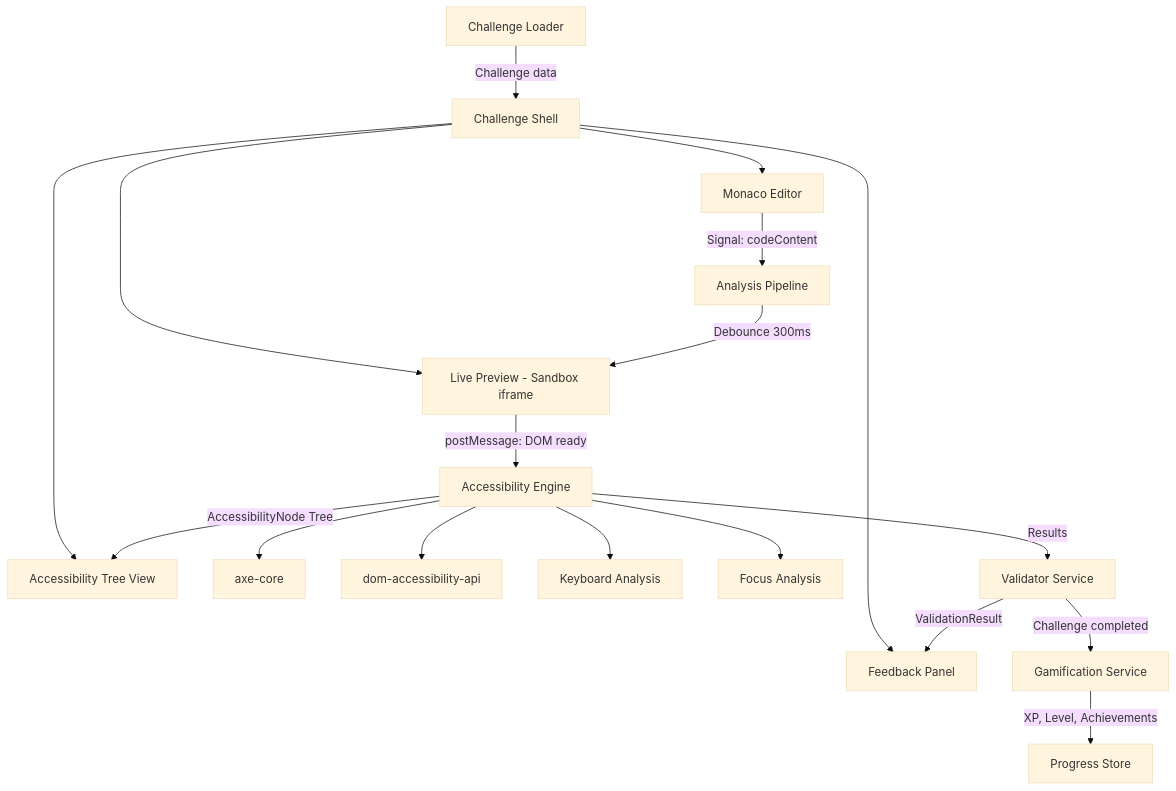
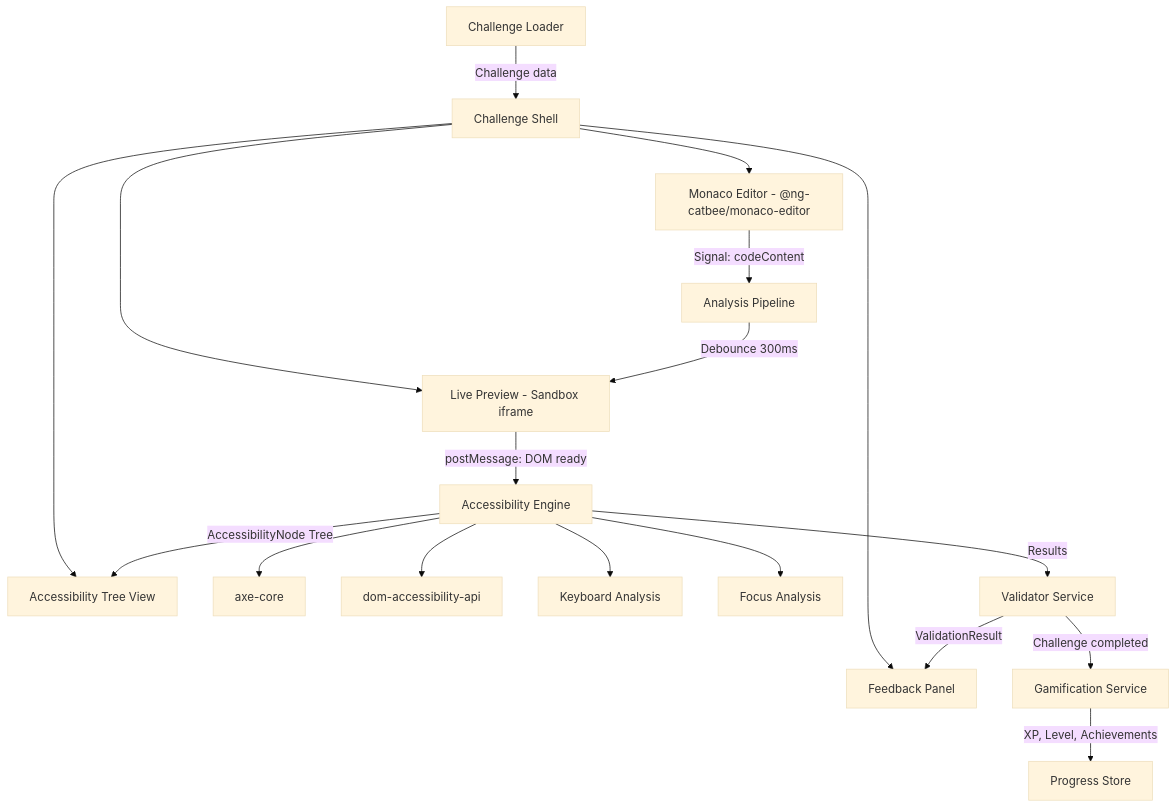
One commit to d-koppenhagen/practica11y changed the first of 2 diagrams in docs/architecture.md. Above: the diagram before and after it, drawn with Mermaid (base theme). The commit also changed other lines of this file and 29 other files, not shown here.

First line of the commit message:
refactor(editor): remove internal monaco wrapper, use @ng-catbee/monaco-editor

````diff
--- a/docs/architecture.md
+++ b/docs/architecture.md
@@ -9,22 +9,22 @@
 ```mermaid
 graph TD
     A[Challenge Loader] -->|Challenge data| B[Challenge Shell]
-    B --> C[Monaco Editor]
+    B --> C[Monaco Editor - @ng-catbee/monaco-editor]
     B --> D[Live Preview - Sandbox iframe]
     B --> E[Accessibility Tree View]
     B --> F[Feedback Panel]
 
     C -->|Signal: codeContent| G[Analysis Pipeline]
     G -->|Debounce 300ms| D
     D -->|postMessage: DOM ready| H[Accessibility Engine]
     H --> I[axe-core]
     H --> J[dom-accessibility-api]
     H --> K[Keyboard Analysis]
     H --> L[Focus Analysis]
     H -->|Results| M[Validator Service]
     M -->|ValidationResult| F
     H -->|AccessibilityNode Tree| E
 
     N[Gamification Service] -->|XP, Level, Achievements| O[Progress Store]
     M -->|Challenge completed| N
 ```
````
